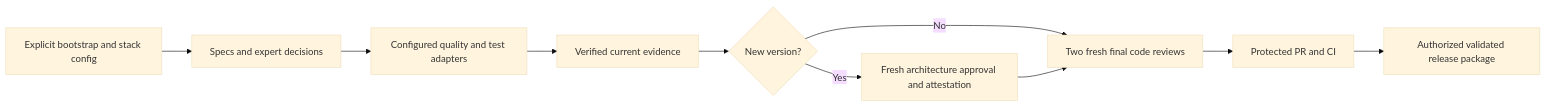
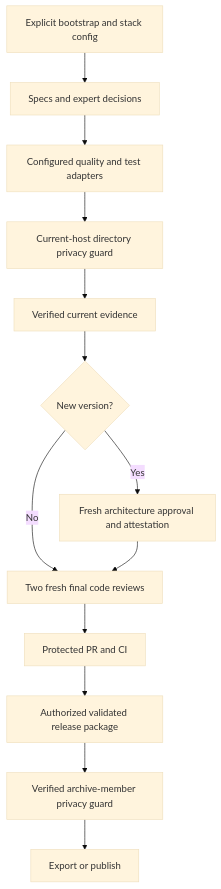
One commit to PhiLong-Ho/agent-dev-template changed the first of 2 diagrams in docs/architecture/features/workflow.md. Above: the diagram before and after it, drawn with Mermaid (base theme). The commit also changed other lines of this file and 20 other files, not shown here.

Commit message:
Guard verified release archive members before publication (#7)

````diff
--- a/docs/architecture/features/workflow.md
+++ b/docs/architecture/features/workflow.md
@@ -12,12 +14,15 @@
 ```mermaid
-flowchart LR
+flowchart TB
     Setup[Explicit bootstrap and stack config] --> Contract[Specs and expert decisions]
     Contract --> Quality[Configured quality and test adapters]
-    Quality --> Archive[Verified current evidence]
+    Quality --> Privacy[Current-host directory privacy guard]
+    Privacy --> Archive[Verified current evidence]
     Archive --> RC{New version?}
     RC -->|Yes| AR[Fresh architecture approval and attestation]
     RC -->|No| Review[Two fresh final code reviews]
     AR --> Review
     Review --> PR[Protected PR and CI]
     PR --> Release[Authorized validated release package]
+    Release --> Members[Verified archive-member privacy guard]
+    Members --> Delivery[Export or publish]
 ```
````
